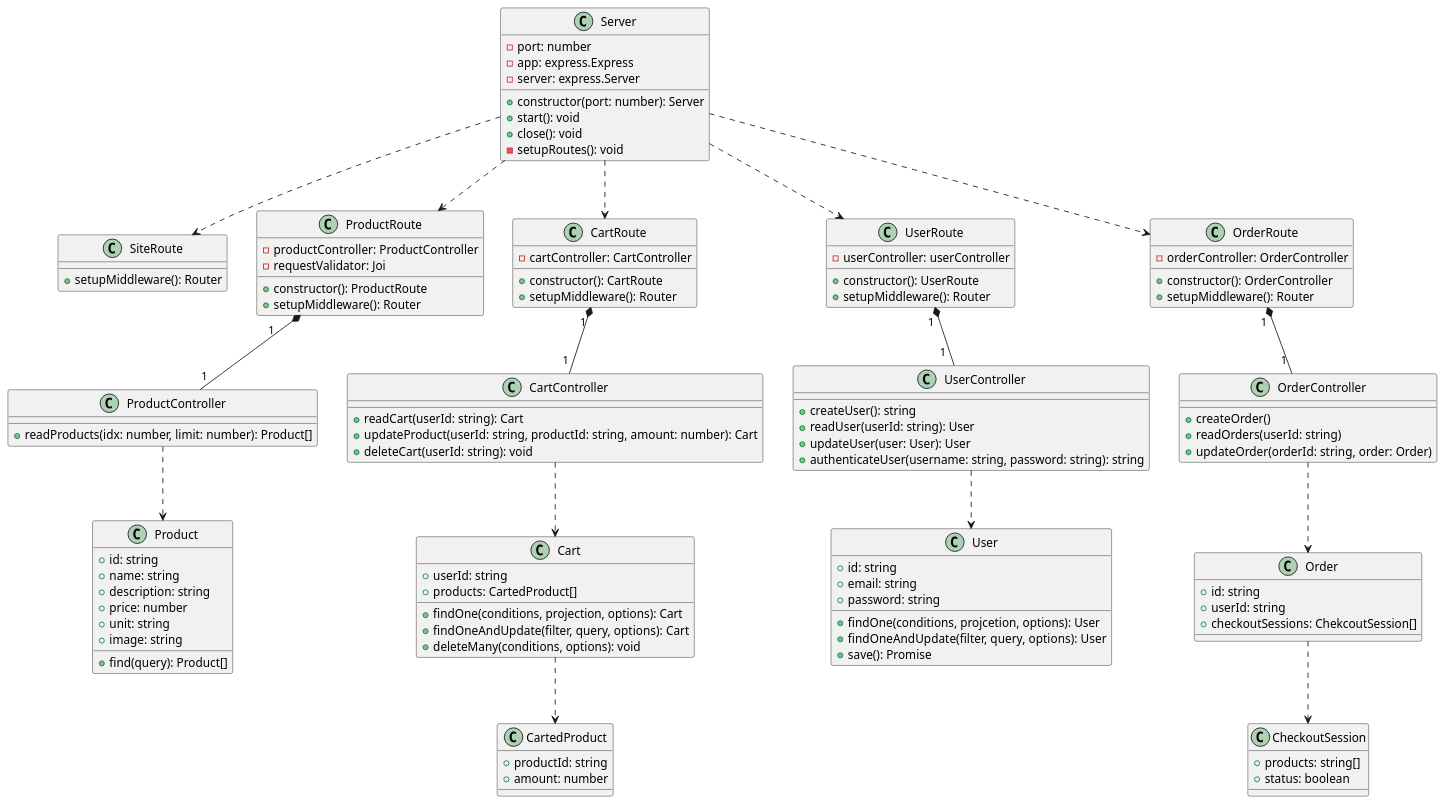
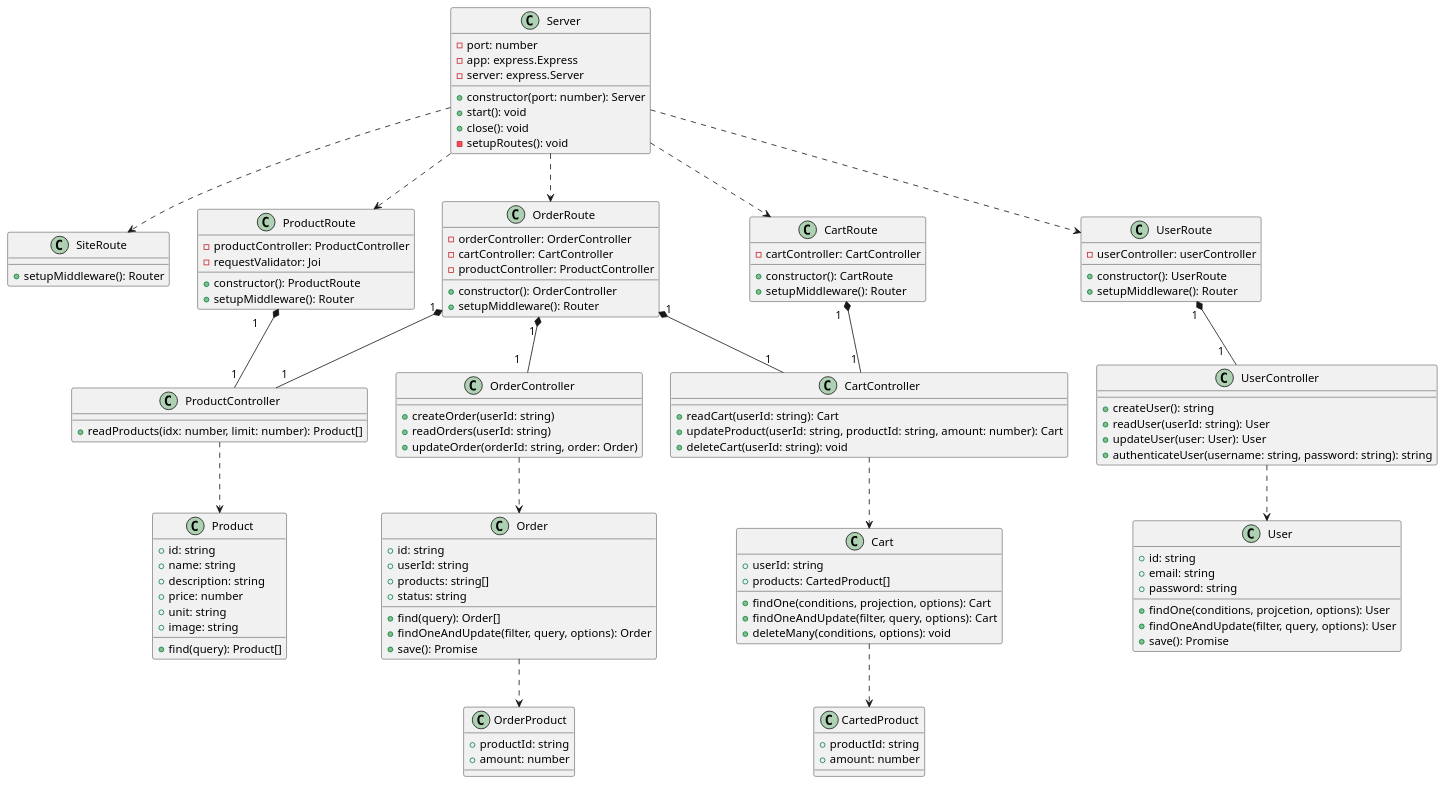
One commit to sofush/grontsag changed the diagram in diagram/class-diagram.puml. Above: the diagram before and after it, drawn with PlantUML. The commit also changed 1 other file, not shown here.

Commit message:
chore: update diagrams

```diff
--- a/diagram/class-diagram.puml
+++ b/diagram/class-diagram.puml
@@ -1,125 +1,133 @@
 @startuml class diagram
 scale 1920*1080
 
 ' Classes
 class Server {
   - port: number
   - app: express.Express
   - server: express.Server
   + constructor(port: number): Server
   + start(): void
   + close(): void
   - setupRoutes(): void
 }
 class SiteRoute {
   + setupMiddleware(): Router
 }
 
 ' Classes - Product
 class ProductRoute {
   - productController: ProductController
   - requestValidator: Joi
   + constructor(): ProductRoute
   + setupMiddleware(): Router
 }
 class ProductController {
   + readProducts(idx: number, limit: number): Product[]
 }
 class Product {
   + id: string
   + name: string
   + description: string
   + price: number
   + unit: string
   + image: string
   + find(query): Product[]
 }
 
 ' Classes - Cart
 class CartRoute {
   - cartController: CartController
   + constructor(): CartRoute
   + setupMiddleware(): Router
 }
 class CartController {
   + readCart(userId: string): Cart
   + updateProduct(userId: string, productId: string, amount: number): Cart
   + deleteCart(userId: string): void
 }
 class Cart {
   + userId: string
   + products: CartedProduct[]
   + findOne(conditions, projection, options): Cart
   + findOneAndUpdate(filter, query, options): Cart
   + deleteMany(conditions, options): void
 }
 class CartedProduct {
   + productId: string
   + amount: number
 }
 
 ' Classes - User
 class UserRoute {
   - userController: userController
   + constructor(): UserRoute
   + setupMiddleware(): Router
 }
 class UserController {
   + createUser(): string
   + readUser(userId: string): User
   + updateUser(user: User): User
   + authenticateUser(username: string, password: string): string
 }
 class User {
   + id: string
   + email: string
   + password: string
   + findOne(conditions, projcetion, options): User
   + findOneAndUpdate(filter, query, options): User
   + save(): Promise
 }
 
-' Clases
+' Clases - Order
 class OrderRoute {
   - orderController: OrderController
+  - cartController: CartController
+  - productController: ProductController
   + constructor(): OrderController
   + setupMiddleware(): Router
 }
 class OrderController {
-  + createOrder()
+  + createOrder(userId: string)
   + readOrders(userId: string)
   + updateOrder(orderId: string, order: Order)
 }
 class Order {
   + id: string
   + userId: string
-  + checkoutSessions: ChekcoutSession[]
+  + products: string[]
+  + status: string
+  + find(query): Order[]
+  + findOneAndUpdate(filter, query, options): Order
+  + save(): Promise
 }
-class CheckoutSession {
-  + products: string[]
-  + status: boolean
+class OrderProduct {
+  + productId: string
+  + amount: number
 }
 
 ' Relationships from Server to routes
 Server ..> ProductRoute
 Server ..> CartRoute
 Server ..> SiteRoute
 Server ..> UserRoute
 Server ..> OrderRoute
 
 ' Relationships from routes to controllers
 ProductRoute "1\t" *-- "1" ProductController
-CartRoute "1 " *-- "1 " CartController
-UserRoute "1 " *-- "1  " UserController
-OrderRoute "1 " *-- "1 " OrderController
+CartRoute "1  " *-- "1 " CartController
+UserRoute "1 " *-- "1   " UserController
+OrderRoute "1 " *-- "1   " OrderController
+OrderRoute "1" *-- "1" CartController
+OrderRoute "1" *-- "1" ProductController
 
 ' Relationships from controllers to models
 ProductController ..> Product
 CartController ..> Cart
 UserController ..> User
 OrderController ..> Order
 
 ' Relationships between models
 Cart ..> CartedProduct
-Order ..> CheckoutSession
+Order ..> OrderProduct
 @enduml
```
